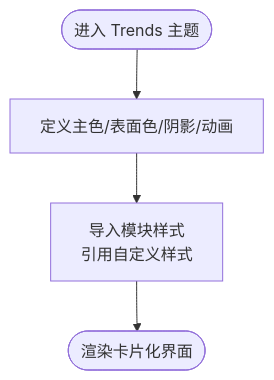
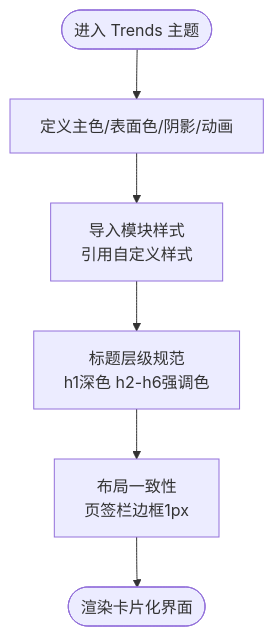
The fourth of 8 diagrams in .qoder/repowiki/zh/content/核心功能/主题系统/自定义主题开发/主题定制实例.md (terwer/siyuan-plugin-blog), drawn with Mermaid before and after one commit. The commit also changed other lines of this file and 407 other files, not shown here.

````diff
--- a/.qoder/repowiki/zh/content/核心功能/主题系统/自定义主题开发/主题定制实例.md
+++ b/.qoder/repowiki/zh/content/核心功能/主题系统/自定义主题开发/主题定制实例.md
@@ -186,6 +251,8 @@
 ```mermaid
 flowchart TD
 Start(["进入 Trends 主题"]) --> Tokens["定义主色/表面色/阴影/动画"]
 Tokens --> Modules["导入模块样式<br/>引用自定义样式"]
-Modules --> Render(["渲染卡片化界面"])
+Modules --> Headings["标题层级规范<br/>h1深色 h2-h6强调色"]
+Headings --> Layouts["布局一致性<br/>页签栏边框1px"]
+Layouts --> Render(["渲染卡片化界面"])
 ```
````
